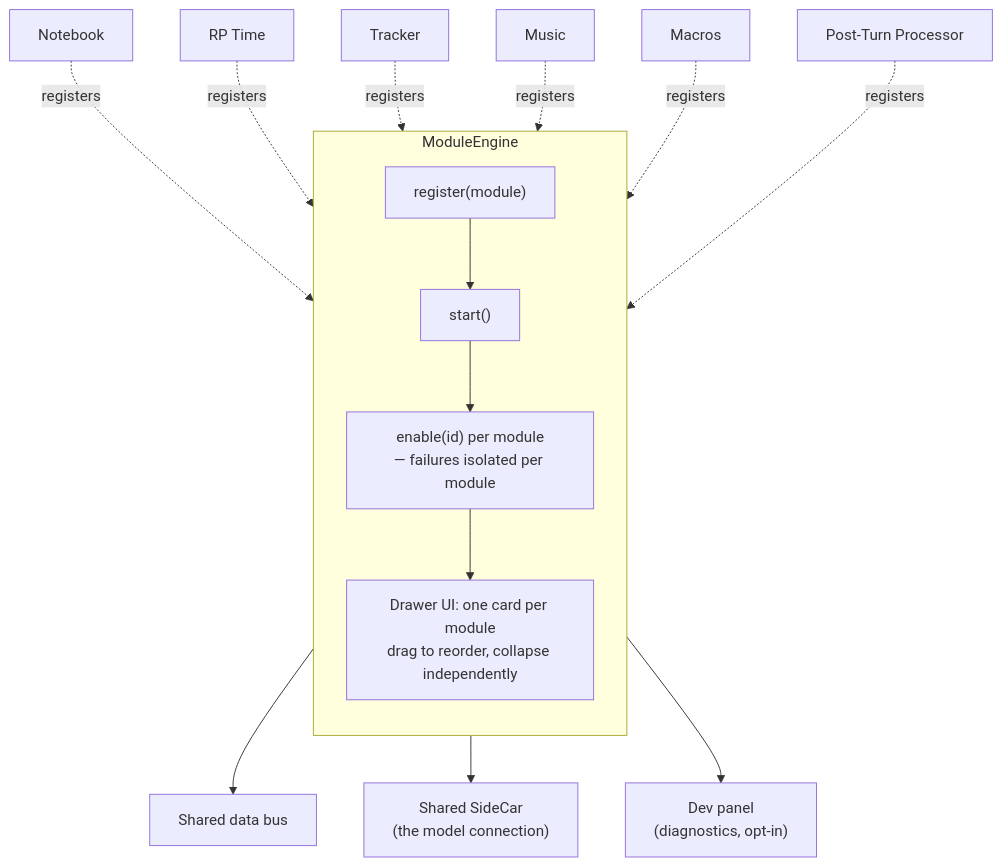
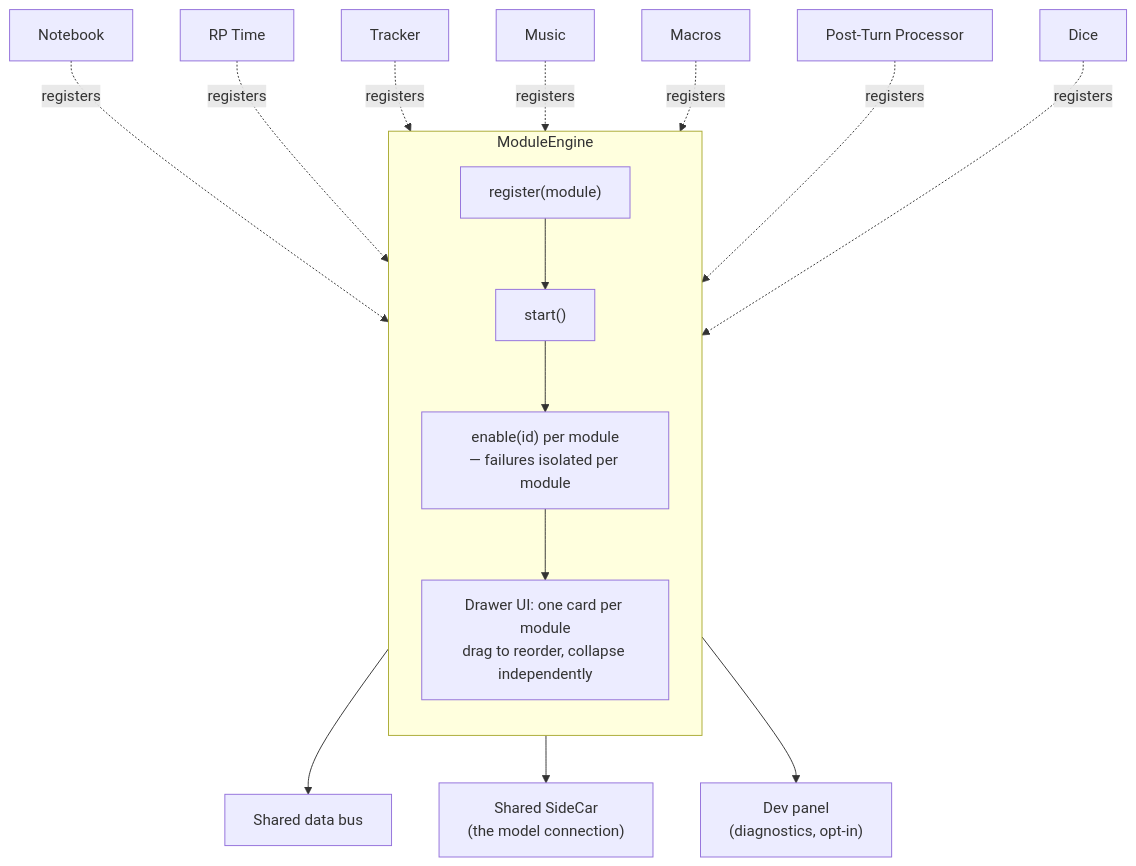
Before and after one commit to IAmiGOI/ST: the second of 4 diagrams in README.md, drawn with Mermaid. The commit also changed other lines of this file and 6 other files, not shown here.

````diff
--- a/README.md
+++ b/README.md
@@ -131,18 +133,19 @@
 ```mermaid
 flowchart TB
     subgraph Engine["ModuleEngine"]
         direction TB
         R["register(module)"] --> S["start()"]
         S --> EN["enable(id) per module\n— failures isolated per module"]
         EN --> UI["Drawer UI: one card per module\ndrag to reorder, collapse independently"]
     end
     Notebook -.registers.-> Engine
     RPTime["RP Time"] -.registers.-> Engine
     Tracker -.registers.-> Engine
     Music -.registers.-> Engine
     Macros -.registers.-> Engine
     PostTurn["Post-Turn Processor"] -.registers.-> Engine
+    Dice -.registers.-> Engine
     Engine --> Bus["Shared data bus"]
     Engine --> SideCar["Shared SideCar\n(the model connection)"]
     Engine --> DevPanel["Dev panel\n(diagnostics, opt-in)"]
 ```
````
